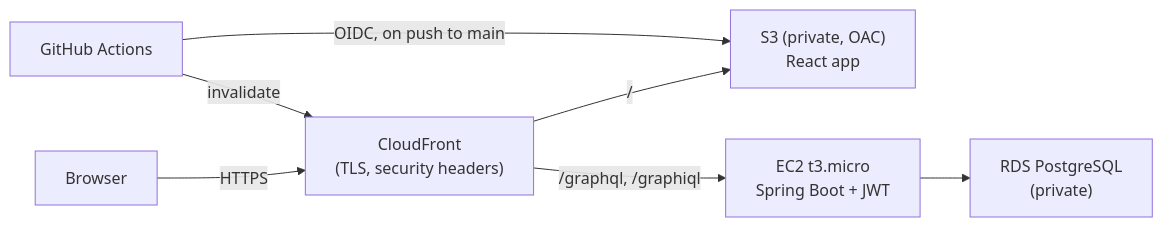
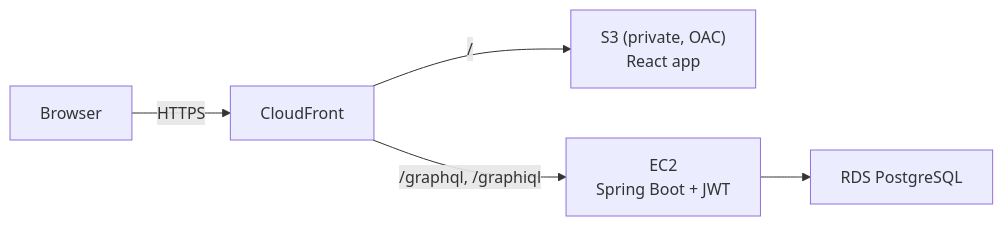
Before and after one commit to HiteshKolluru/BooktownAPI_Platform: the diagram in README.md, drawn with Mermaid. The commit also changed other lines of this file, not shown here.

Commit message:
docs: trim README to a focused project overview (drop roadmap framing)

````diff
--- a/README.md
+++ b/README.md
@@ -17,9 +21,7 @@
 ```mermaid
 flowchart LR
-    U["Browser"] -->|HTTPS| CF["CloudFront<br/>(TLS, security headers)"]
+    U["Browser"] -->|HTTPS| CF["CloudFront"]
     CF -->|" / "| S3["S3 (private, OAC)<br/>React app"]
-    CF -->|" /graphql, /graphiql "| EC2["EC2 t3.micro<br/>Spring Boot + JWT"]
-    EC2 --> RDS["RDS PostgreSQL<br/>(private)"]
-    GH["GitHub Actions"] -->|"OIDC, on push to main"| S3
-    GH -->|invalidate| CF
+    CF -->|" /graphql, /graphiql "| EC2["EC2<br/>Spring Boot + JWT"]
+    EC2 --> RDS["RDS PostgreSQL"]
 ```
````
